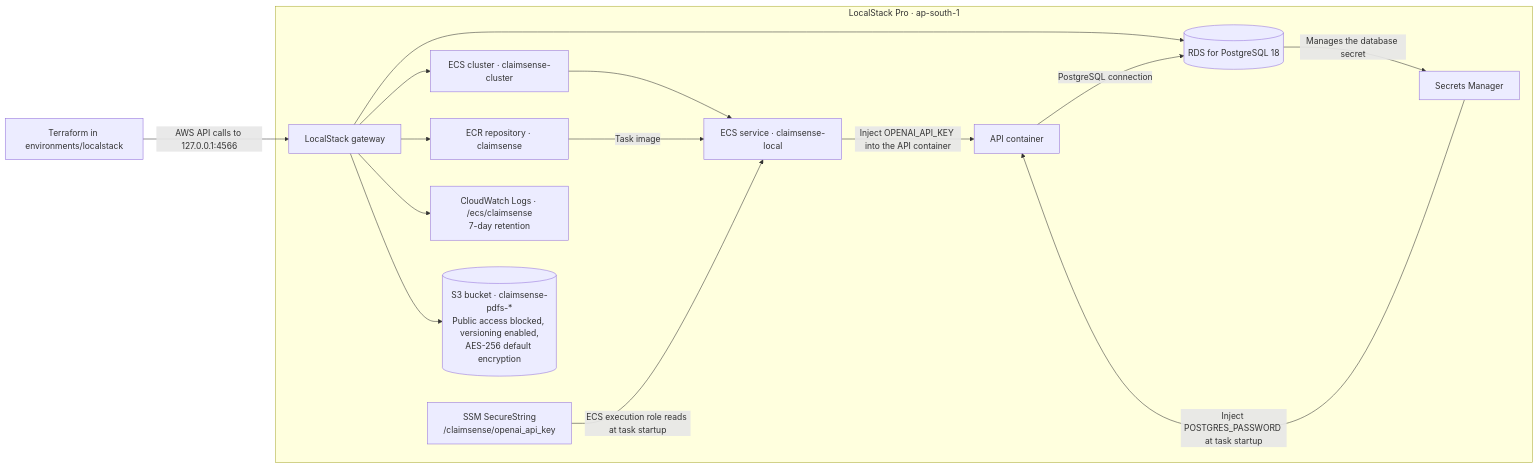
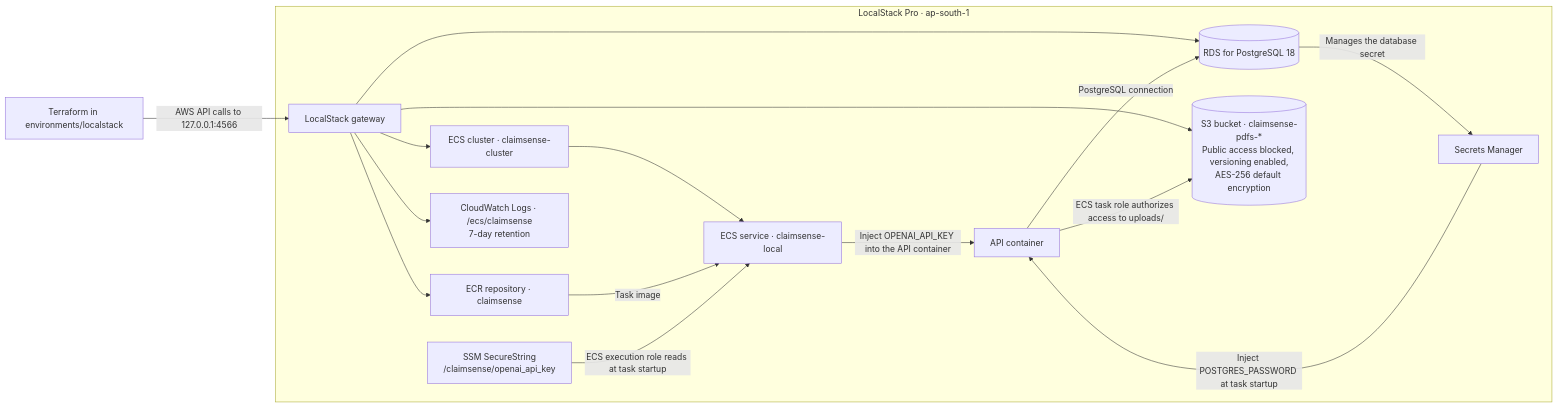
One commit to MP-30/Claim-Sense changed the second of 3 diagrams in infra.md. Above: the diagram before and after it, drawn with Mermaid. The commit also changed other lines of this file and 3 other files, not shown here.

````diff
--- a/infra.md
+++ b/infra.md
@@ -33,19 +37,20 @@
 ```mermaid
 flowchart LR
     TF["Terraform in environments/localstack"] -->|"AWS API calls to 127.0.0.1:4566"| Gateway
     subgraph Local["LocalStack Pro · ap-south-1"]
         Gateway["LocalStack gateway"]
         Gateway --> ECR["ECR repository · claimsense"]
         Gateway --> ECS["ECS cluster · claimsense-cluster"]
         ECS --> Service["ECS service · claimsense-local"]
         ECR -->|"Task image"| Service
         Gateway --> RDS[("RDS for PostgreSQL 18")]
         RDS -->|"Manages the database secret"| DBSecret["Secrets Manager"]
         SSM["SSM SecureString<br/>/claimsense/openai_api_key"] -->|"ECS execution role reads at task startup"| Service
         Service -->|"Inject OPENAI_API_KEY into the API container"| TaskAPI["API container"]
         DBSecret -->|"Inject POSTGRES_PASSWORD at task startup"| TaskAPI
         TaskAPI -->|"PostgreSQL connection"| RDS
         Gateway --> Logs["CloudWatch Logs · /ecs/claimsense<br/>7-day retention"]
         Gateway --> S3[("S3 bucket · claimsense-pdfs-*<br/>Public access blocked, versioning enabled,<br/>AES-256 default encryption")]
+        TaskAPI -->|"ECS task role authorizes access to uploads/"| S3
     end
 ```
````
